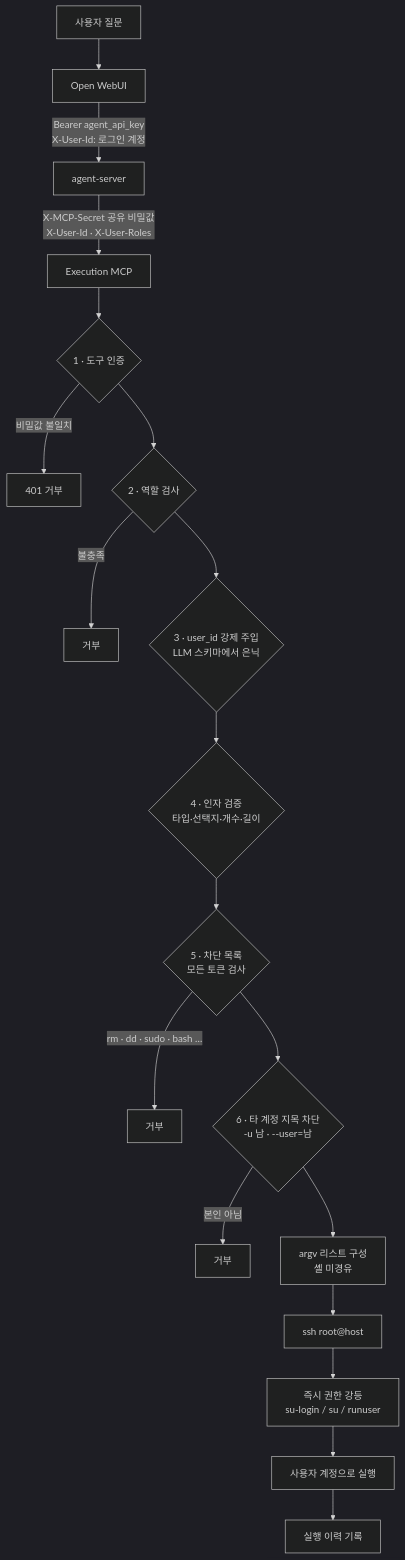
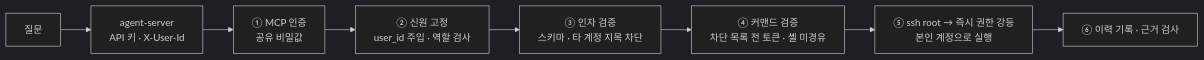
The third of 3 diagrams in README.md (ssyrc/AI-Infra-Assistant-pub), drawn with Mermaid (dark theme) before and after one commit. The commit also changed other lines of this file and 1 other file, not shown here.

````diff
--- a/README.md
+++ b/README.md
@@ -174,22 +101,10 @@
 ```mermaid
-flowchart TB
-    Q["사용자 질문"] --> W["Open WebUI"]
-    W -->|"Bearer agent_api_key<br/>X-User-Id: 로그인 계정"| A["agent-server"]
-    A -->|"X-MCP-Secret 공유 비밀값<br/>X-User-Id · X-User-Roles"| M["Execution MCP"]
-
-    M --> C1{"1 · 도구 인증"}
-    C1 -->|"비밀값 불일치"| D1["401 거부"]
-    C1 --> C2{"2 · 역할 검사"}
-    C2 -->|"불충족"| D2["거부"]
-    C2 --> C3{"3 · user_id 강제 주입<br/>LLM 스키마에서 은닉"}
-    C3 --> C4{"4 · 인자 검증<br/>타입·선택지·개수·길이"}
-    C4 --> C5{"5 · 차단 목록<br/>모든 토큰 검사"}
-    C5 -->|"rm · dd · sudo · bash …"| D3["거부"]
-    C5 --> C6{"6 · 타 계정 지목 차단<br/>-u 남 · --user=남"}
-    C6 -->|"본인 아님"| D4["거부"]
-    C6 --> S["argv 리스트 구성<br/>셸 미경유"]
-    S --> SSH["ssh root@host"]
-    SSH --> DROP["즉시 권한 강등<br/>su-login / su / runuser"]
-    DROP --> RUN["사용자 계정으로 실행"]
-    RUN --> LOG["실행 이력 기록"]
+flowchart LR
+    Q["질문"] --> A["agent-server<br/>API 키 · X-User-Id"]
+    A --> G1["① MCP 인증<br/>공유 비밀값"]
+    G1 --> G2["② 신원 고정<br/>user_id 주입 · 역할 검사"]
+    G2 --> G3["③ 인자 검증<br/>스키마 · 타 계정 지목 차단"]
+    G3 --> G4["④ 커맨드 검증<br/>차단 목록 전 토큰 · 셸 미경유"]
+    G4 --> E["⑤ ssh root → 즉시 권한 강등<br/>본인 계정으로 실행"]
+    E --> L["⑥ 이력 기록 · 근거 검사"]
 ```
````
